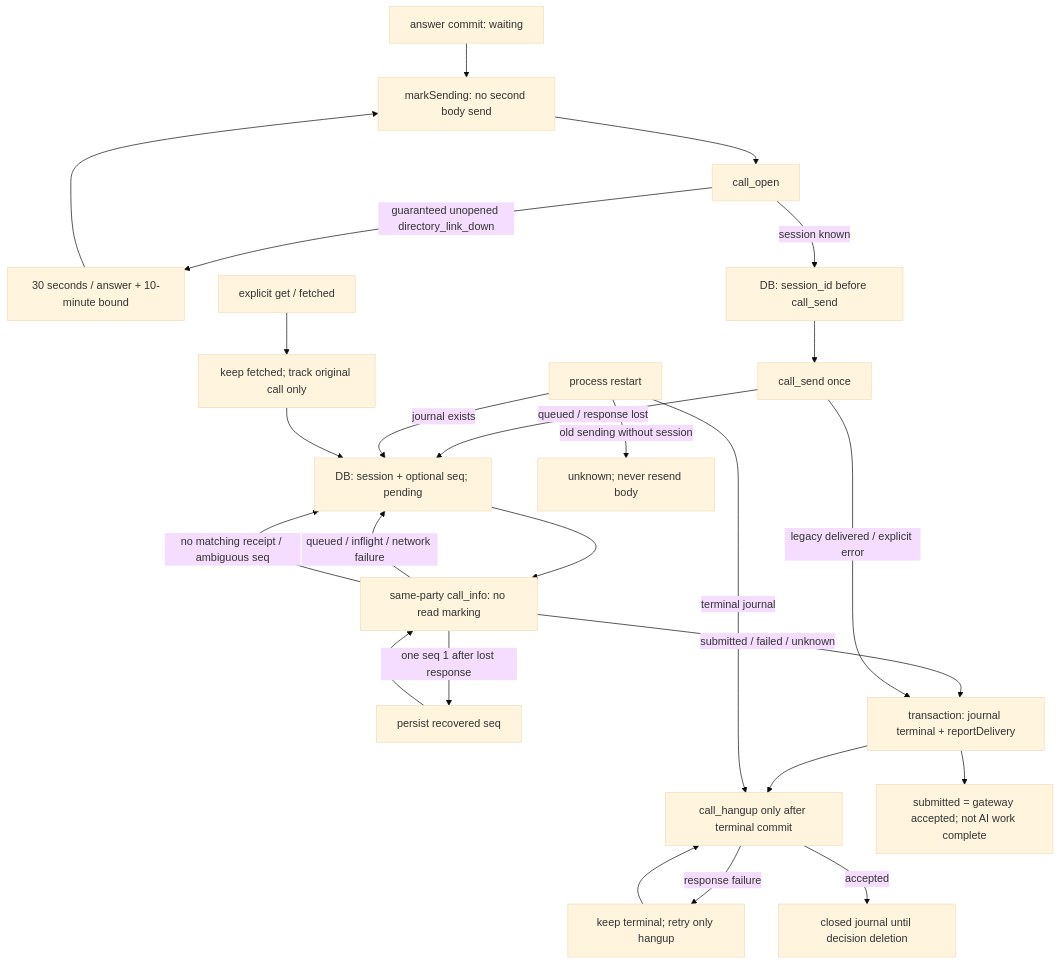
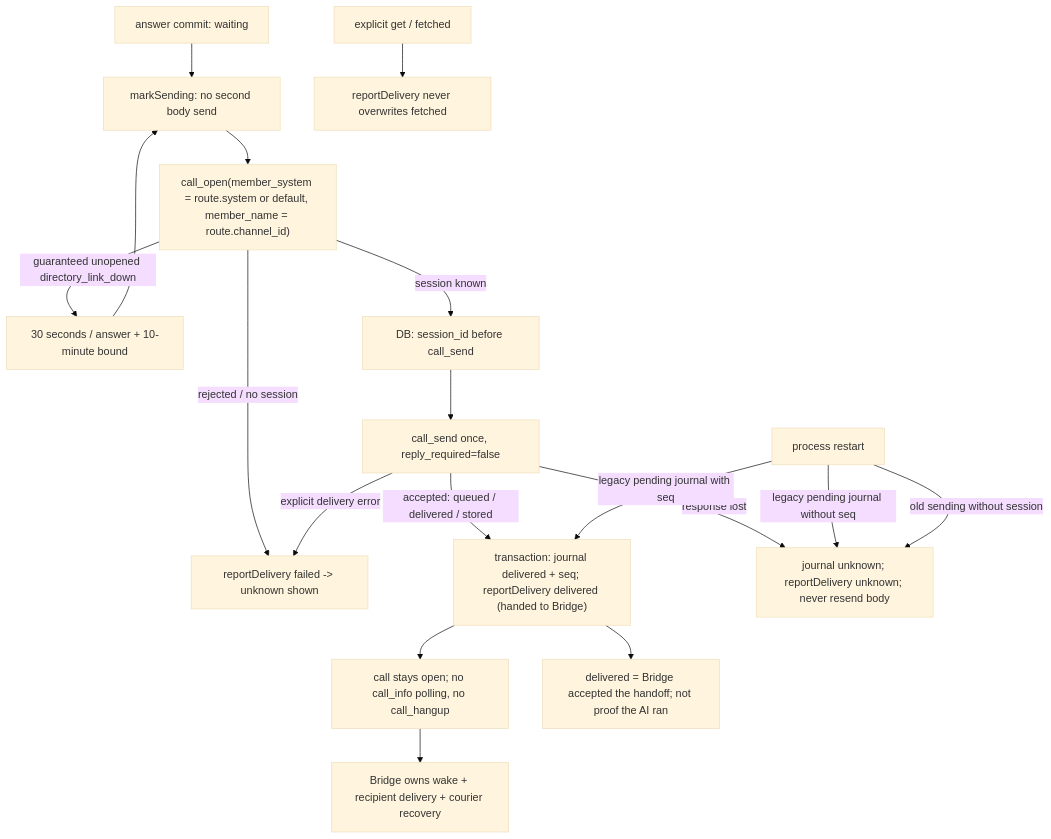
Before and after one commit to kitepon/approval-box: the diagram in docs/architecture/grok-delivery/delivery.mmd, drawn with Mermaid (base theme). The commit also changed 7 other files, not shown here.

Commit message:
docs(delivery): hand answers to the Bridge once instead of tracking delivery

```diff
--- a/docs/architecture/grok-delivery/delivery.mmd
+++ b/docs/architecture/grok-delivery/delivery.mmd
@@ -1,25 +1,18 @@
 flowchart TD
  Answer["answer commit: waiting"] --> Claim["markSending: no second body send"]
- Claim --> Open["call_open"]
+ Claim --> Open["call_open(member_system = route.system or default, member_name = route.channel_id)"]
  Open -->|guaranteed unopened directory_link_down| Retry["30 seconds / answer + 10-minute bound"]
  Retry --> Claim
+ Open -->|rejected / no session| Failed["reportDelivery failed -> unknown shown"]
  Open -->|session known| Checkpoint["DB: session_id before call_send"]
- Checkpoint --> Send["call_send once"]
- Send -->|queued / response lost| Track["DB: session + optional seq; pending"]
- Track --> Info["same-party call_info: no read marking"]
- Info -->|queued / inflight / network failure| Track
- Info -->|one seq 1 after lost response| Seq["persist recovered seq"]
- Seq --> Info
- Info -->|submitted / failed / unknown| Commit["transaction: journal terminal + reportDelivery"]
- Send -->|legacy delivered / explicit error| Commit
- Commit --> Close["call_hangup only after terminal commit"]
- Close -->|response failure| Again["keep terminal; retry only hangup"]
- Again --> Close
- Close -->|accepted| Closed["closed journal until decision deletion"]
- Restart["process restart"] -->|journal exists| Track
- Restart -->|terminal journal| Close
- Restart -->|old sending without session| Unknown["unknown; never resend body"]
- Get["explicit get / fetched"] --> Preserve["keep fetched; track original call only"]
- Preserve --> Track
- Info -->|no matching receipt / ambiguous seq| Track
- Commit --> UI["submitted = gateway accepted; not AI work complete"]
+ Checkpoint --> Send["call_send once, reply_required=false"]
+ Send -->|accepted: queued / delivered / stored| Handed["transaction: journal delivered + seq; reportDelivery delivered (handed to Bridge)"]
+ Send -->|explicit delivery error| Failed
+ Send -->|response lost| Unknown["journal unknown; reportDelivery unknown; never resend body"]
+ Handed --> Open2["call stays open; no call_info polling, no call_hangup"]
+ Open2 --> BridgeOwns["Bridge owns wake + recipient delivery + courier recovery"]
+ Restart["process restart"] -->|legacy pending journal with seq| Handed
+ Restart -->|legacy pending journal without seq| Unknown
+ Restart -->|old sending without session| Unknown
+ Get["explicit get / fetched"] --> Preserve["reportDelivery never overwrites fetched"]
+ Handed --> UI["delivered = Bridge accepted the handoff; not proof the AI ran"]
```
